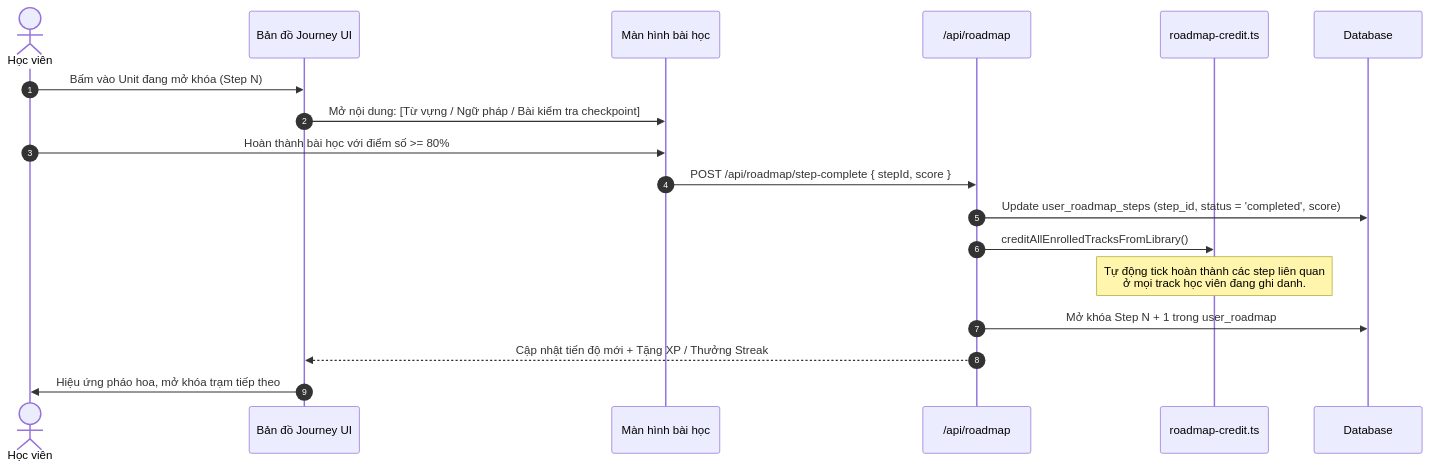
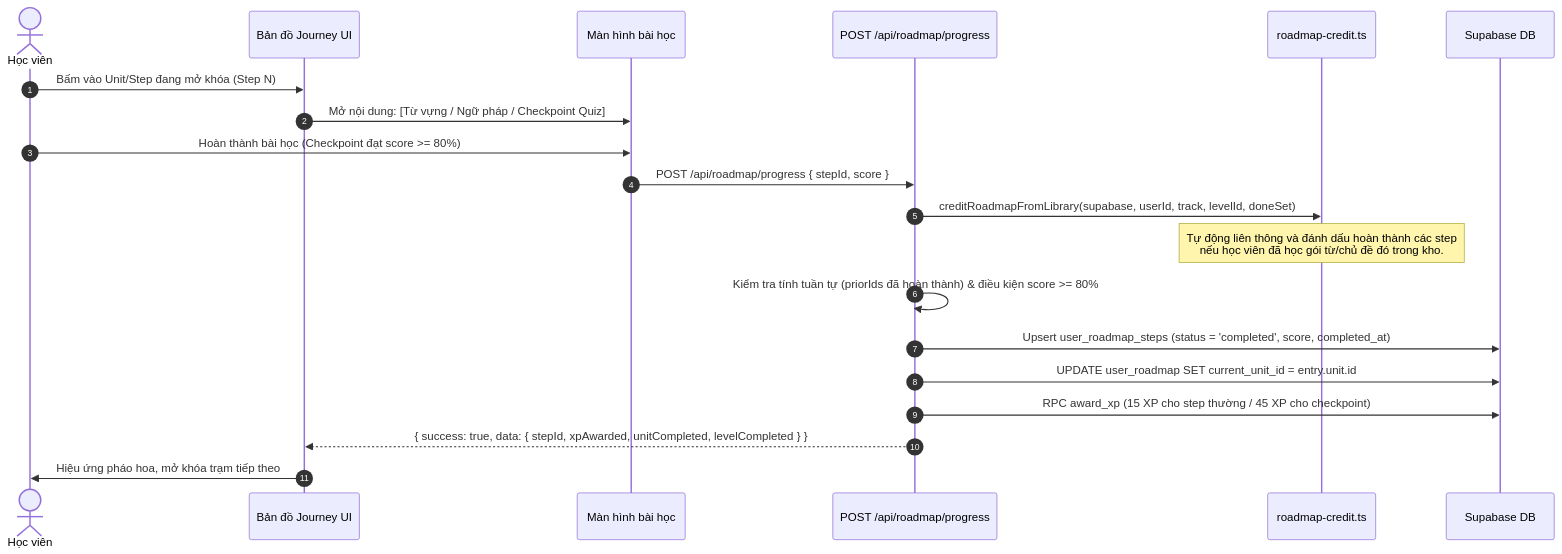
Before and after one commit to FengProfessor/Vocab: the third of 3 diagrams in agent/docs/SRS_03_ROADMAP_JOURNEY.md, drawn with Mermaid. The commit also changed other lines of this file and 15 other files, not shown here.

Commit message:
docs(srs): complete 15 full-project SRS use cases and flow limitation audit

````diff
--- a/agent/docs/SRS_03_ROADMAP_JOURNEY.md
+++ b/agent/docs/SRS_03_ROADMAP_JOURNEY.md
@@ -107,21 +110,23 @@
 ```mermaid
 sequenceDiagram
     autonumber
     actor Student as Học viên
     participant Map as Bản đồ Journey UI
     participant StepModal as Màn hình bài học
-    participant API as /api/roadmap
+    participant API as POST /api/roadmap/progress
     participant Credit as roadmap-credit.ts
-    participant DB as Database
+    participant DB as Supabase DB
 
-    Student->>Map: Bấm vào Unit đang mở khóa (Step N)
-    Map->>StepModal: Mở nội dung: [Từ vựng / Ngữ pháp / Bài kiểm tra checkpoint]
-    Student->>StepModal: Hoàn thành bài học với điểm số >= 80%
-    StepModal->>API: POST /api/roadmap/step-complete { stepId, score }
-    API->>DB: Update user_roadmap_steps (step_id, status = 'completed', score)
-    API->>Credit: creditAllEnrolledTracksFromLibrary()
-    Note over Credit: Tự động tick hoàn thành các step liên quan<br/>ở mọi track học viên đang ghi danh.
-    API->>DB: Mở khóa Step N + 1 trong user_roadmap
-    API-->>Map: Cập nhật tiến độ mới + Tặng XP / Thưởng Streak
+    Student->>Map: Bấm vào Unit/Step đang mở khóa (Step N)
+    Map->>StepModal: Mở nội dung: [Từ vựng / Ngữ pháp / Checkpoint Quiz]
+    Student->>StepModal: Hoàn thành bài học (Checkpoint đạt score >= 80%)
+    StepModal->>API: POST /api/roadmap/progress { stepId, score }
+    API->>Credit: creditRoadmapFromLibrary(supabase, userId, track, levelId, doneSet)
+    Note over Credit: Tự động liên thông và đánh dấu hoàn thành các step<br/>nếu học viên đã học gói từ/chủ đề đó trong kho.
+    API->>API: Kiểm tra tính tuần tự (priorIds đã hoàn thành) & điều kiện score >= 80%
+    API->>DB: Upsert user_roadmap_steps (status = 'completed', score, completed_at)
+    API->>DB: UPDATE user_roadmap SET current_unit_id = entry.unit.id
+    API->>DB: RPC award_xp (15 XP cho step thường / 45 XP cho checkpoint)
+    API-->>Map: { success: true, data: { stepId, xpAwarded, unitCompleted, levelCompleted } }
     Map->>Student: Hiệu ứng pháo hoa, mở khóa trạm tiếp theo
 ```
````
